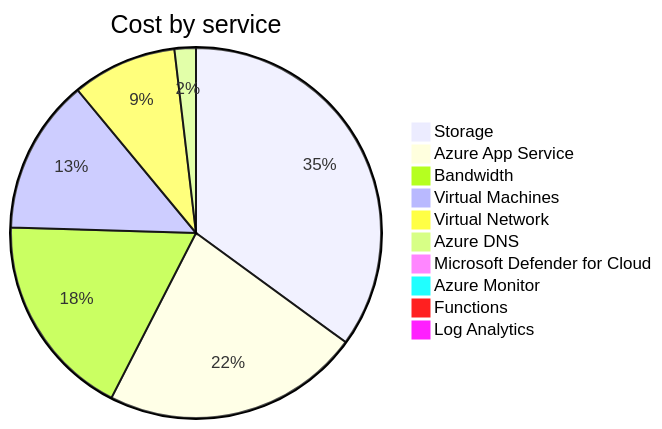
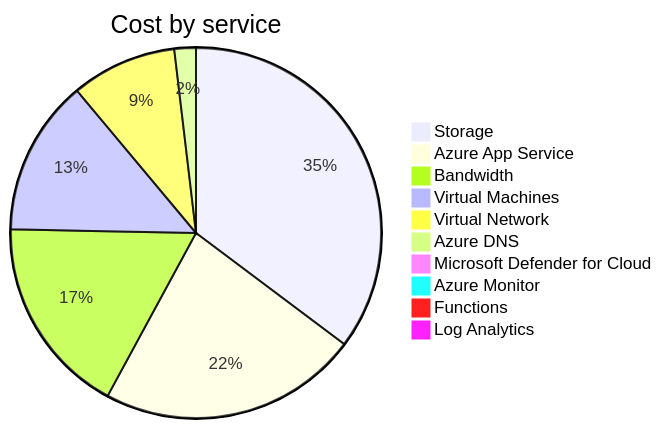
One commit to jpfulton/azure-personal-reports changed the second of 4 diagrams in cost-reports/accumulated-cost.md. Above: the diagram before and after it, drawn with Mermaid. The commit also changed other lines of this file and 4 other files, not shown here.

````diff
--- a/cost-reports/accumulated-cost.md
+++ b/cost-reports/accumulated-cost.md
@@ -100,14 +100,14 @@
 ```mermaid
 pie
    title Cost by service
-   "Storage" : 23.87
-   "Azure App Service" : 15.34
-   "Bandwidth" : 12.22
-   "Virtual Machines" : 9.21
-   "Virtual Network" : 6.23
-   "Azure DNS" : 1.27
-   "Microsoft Defender for Cloud" : 0.57
+   "Storage" : 24.77
+   "Azure App Service" : 15.93
+   "Bandwidth" : 12.23
+   "Virtual Machines" : 9.56
+   "Virtual Network" : 6.47
+   "Azure DNS" : 1.32
+   "Microsoft Defender for Cloud" : 0.58
    "Azure Monitor" : 0.00
    "Functions" : 0.00
    "Log Analytics" : 0.00
 ```
````
